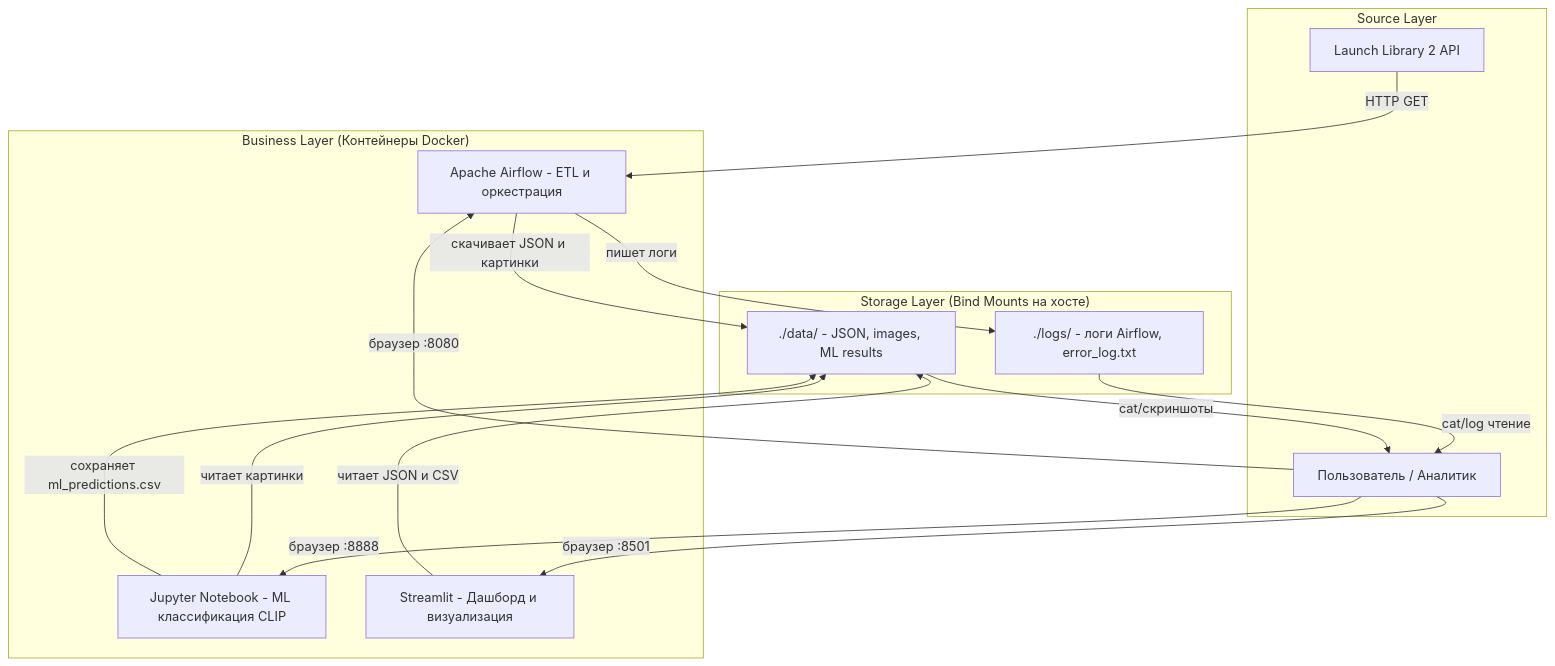
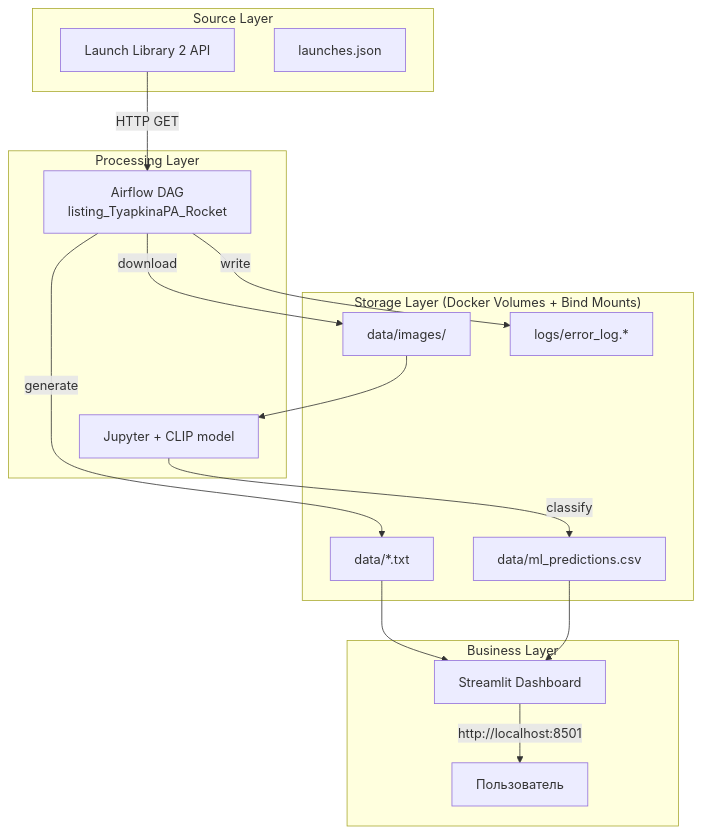
One commit to tyapkinapa345/ETL changed the first of 2 diagrams in lab_5.2.md. Above: the diagram before and after it, drawn with Mermaid. The commit also changed other lines of this file, not shown here.

````diff
--- a/lab_5.2.md
+++ b/lab_5.2.md
@@ -74,30 +25,34 @@
 ```mermaid
-flowchart TD
-    subgraph Source_Layer ["Source Layer"]
-        API["Launch Library 2 API"]
-        User["Пользователь / Аналитик"]
+flowchart TB
+    subgraph "Source Layer"
+        API[Launch Library 2 API]
+        JSON[launches.json]
     end
 
-    subgraph Storage_Layer ["Storage Layer (Bind Mounts на хосте)"]
-        DataLake["./data/ - JSON, images, ML results"]
-        Logs["./logs/ - логи Airflow, error_log.txt"]
+    subgraph "Storage Layer (Docker Volumes + Bind Mounts)"
+        IMAGES[data/images/]
+        REPORTS[data/*.txt]
+        LOGS[logs/error_log.*]
+        PRED[data/ml_predictions.csv]
     end
 
-    subgraph Business_Layer ["Business Layer (Контейнеры Docker)"]
-        Airflow["Apache Airflow - ETL и оркестрация"]
-        Jupyter["Jupyter Notebook - ML классификация CLIP"]
-        Streamlit["Streamlit - Дашборд и визуализация"]
+    subgraph "Processing Layer"
+        AF[Airflow DAG<br/>listing_TyapkinaPA_Rocket]
+        ML[Jupyter + CLIP model]
     end
 
-    API -->|HTTP GET| Airflow
-    Airflow -->|скачивает JSON и картинки| DataLake
-    Airflow -->|пишет логи| Logs
-    Jupyter -->|читает картинки| DataLake
-    Jupyter -->|сохраняет ml_predictions.csv| DataLake
-    Streamlit -->|читает JSON и CSV| DataLake
-    User -->|браузер :8080| Airflow
-    User -->|браузер :8888| Jupyter
-    User -->|браузер :8501| Streamlit
-    Logs -->|cat/log чтение| User
-    DataLake -->|cat/скриншоты| User
+    subgraph "Business Layer"
+        ST[Streamlit Dashboard]
+        USER[Пользователь]
+    end
+
+    API -->|HTTP GET| AF
+    AF -->|download| IMAGES
+    AF -->|generate| REPORTS
+    AF -->|write| LOGS
+    IMAGES --> ML
+    ML -->|classify| PRED
+    REPORTS --> ST
+    PRED --> ST
+    ST -->|http://localhost:8501| USER
 ```
````
